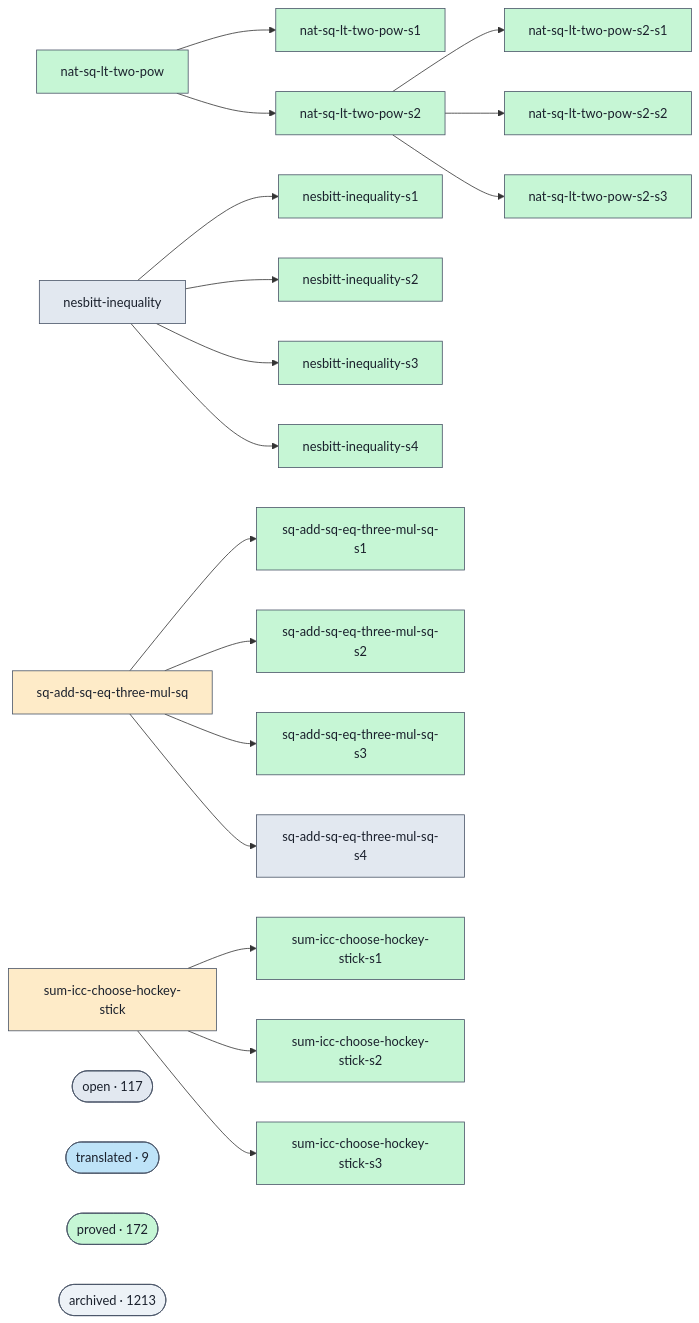
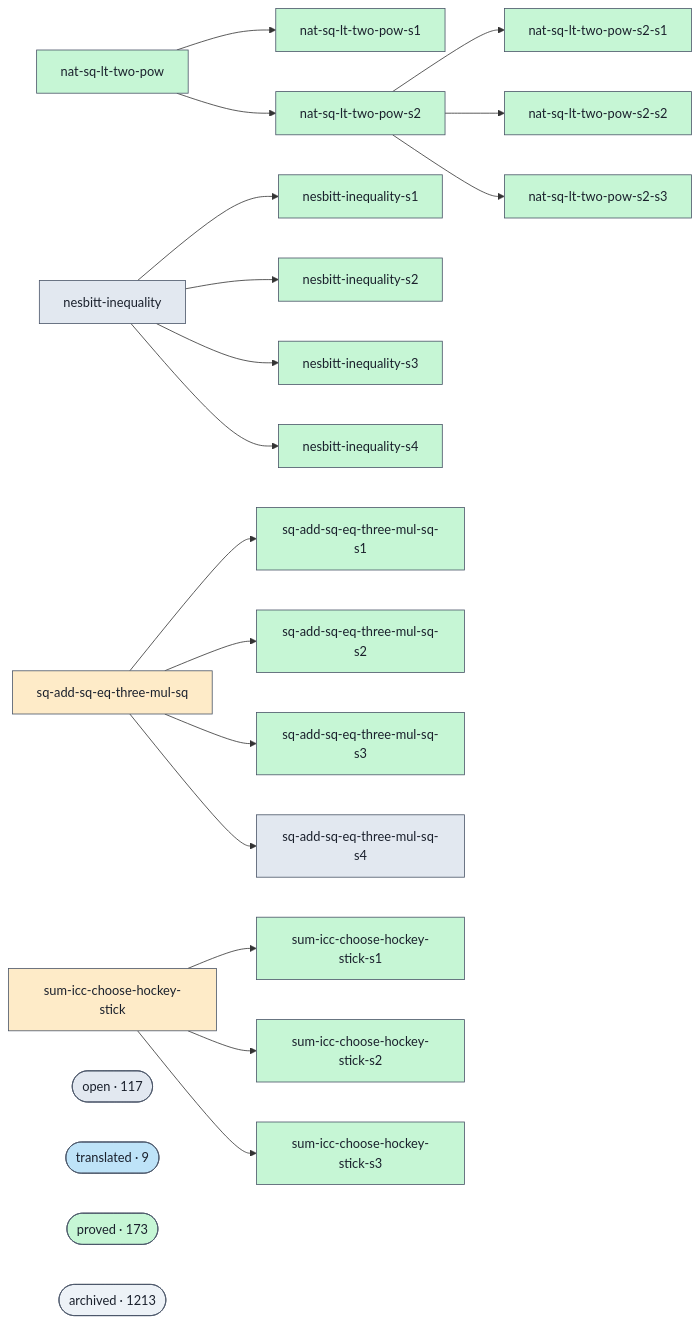
One commit to ohdearquant/unsorry changed the diagram in docs/proofs-contributors-visualisation.md. Above: the diagram before and after it, drawn with Mermaid. The commit also changed other lines of this file and 2 other files, not shown here.

```diff
--- a/docs/proofs-contributors-visualisation.md
+++ b/docs/proofs-contributors-visualisation.md
@@ -102,7 +102,7 @@
   class cluster_open open;
   cluster_translated(["translated · 9"])
   class cluster_translated translated;
-  cluster_proved(["proved · 172"])
+  cluster_proved(["proved · 173"])
   class cluster_proved proved;
   cluster_archived(["archived · 1213"])
   class cluster_archived unknown;
```
